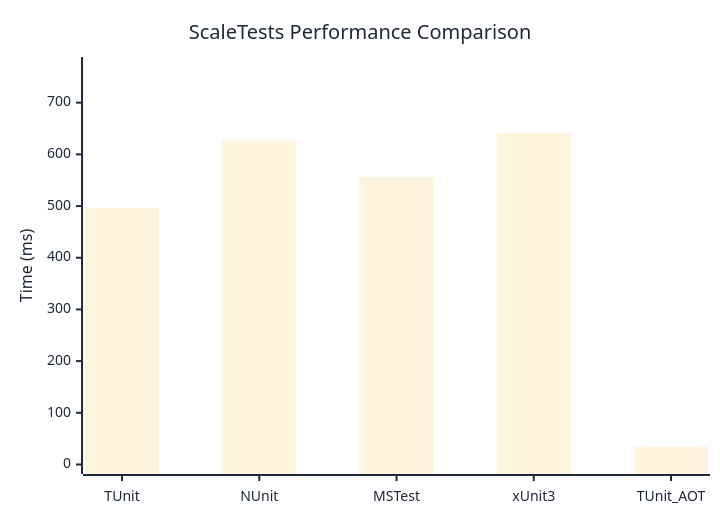
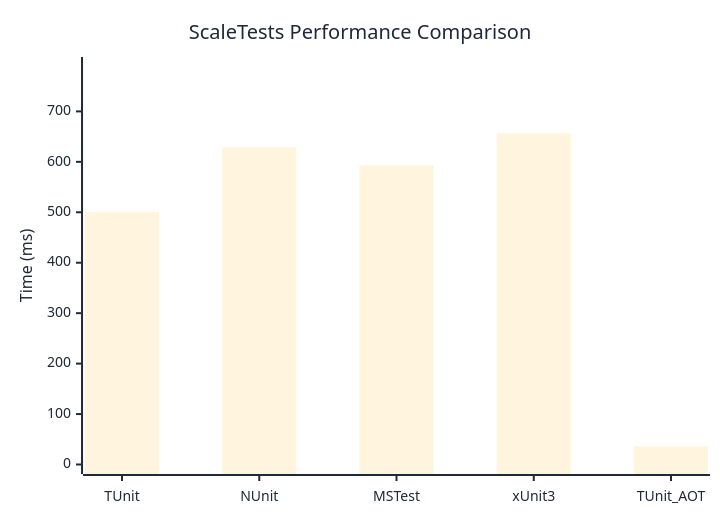
Before and after one commit to thomhurst/TUnit: the diagram in docs/docs/benchmarks/ScaleTests.md, drawn with Mermaid. The commit also changed other lines of this file and 17 other files, not shown here.

````diff
--- a/docs/docs/benchmarks/ScaleTests.md
+++ b/docs/docs/benchmarks/ScaleTests.md
@@ -27,37 +27,37 @@
 ```mermaid
 %%{init: {
   'theme':'base',
   'themeVariables': {
     'primaryColor': '#2563eb',
     'primaryTextColor': '#1f2937',
     'primaryBorderColor': '#1e40af',
     'lineColor': '#6b7280',
     'secondaryColor': '#7c3aed',
     'tertiaryColor': '#dc2626',
     'background': '#ffffff',
     'mainBkg': '#2563eb',
     'secondBkg': '#7c3aed',
     'tertiaryBkg': '#dc2626',
     'clusterBkg': '#f3f4f6',
     'edgeLabelBackground': '#ffffff',
     'tertiaryTextColor': '#1f2937',
     'pie1': '#2563eb',
     'pie2': '#7c3aed',
     'pie3': '#dc2626',
     'pie4': '#f59e0b',
     'pie5': '#10b981',
     'pie6': '#06b6d4',
     'pie7': '#ec4899',
     'pie8': '#6366f1',
     'pie9': '#84cc16',
     'pie10': '#f97316',
     'pie11': '#14b8a6',
     'pie12': '#a855f7'
   }
 }}%%
 xychart-beta
   title "ScaleTests Performance Comparison"
   x-axis ["TUnit", "NUnit", "MSTest", "xUnit3", "TUnit_AOT"]
-  y-axis "Time (ms)" 0 --> 770
-  bar [495.81, 626.53, 556.63, 640.97, 34.65]
+  y-axis "Time (ms)" 0 --> 789
+  bar [500.75, 628.64, 592.78, 656.79, 35.81]
 ```
````
